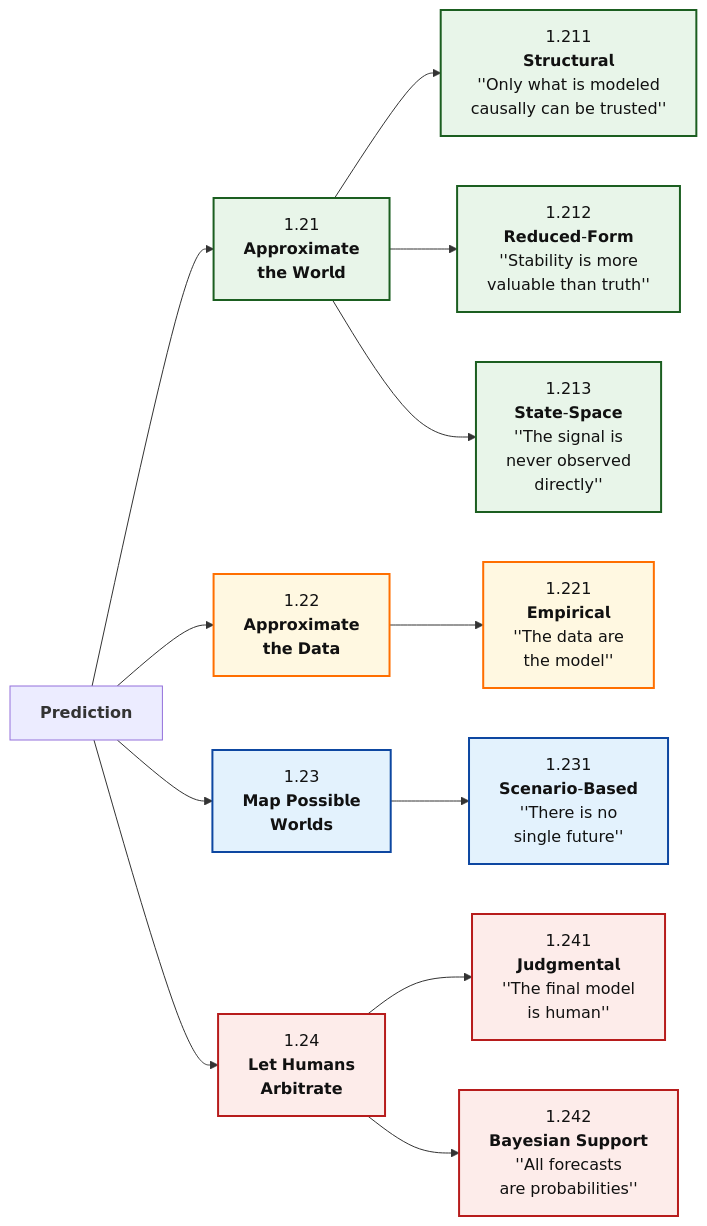
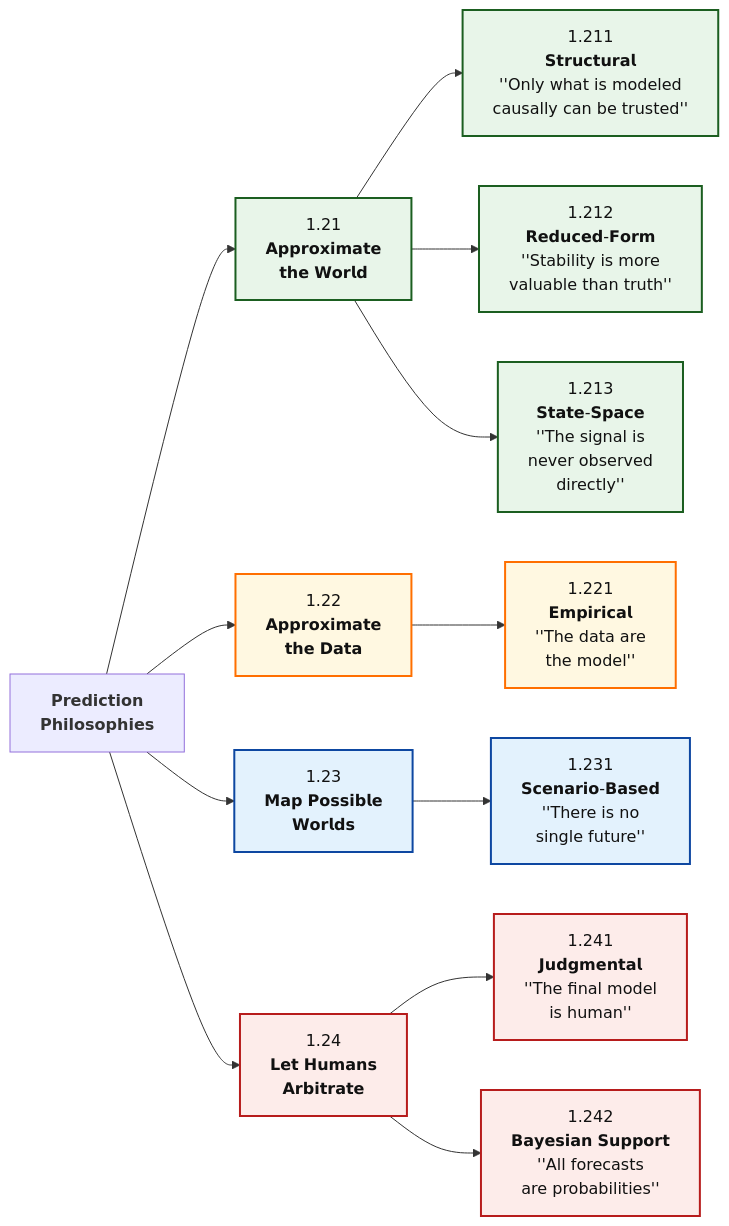
Before and after one commit to Tellusant/docs: the diagram in articles-posts/predictive-model-evaluation-framework.md, drawn with Mermaid.

```diff
--- a/articles-posts/predictive-model-evaluation-framework.md
+++ b/articles-posts/predictive-model-evaluation-framework.md
@@ -25,42 +25,42 @@
 <div class="mermaid">
   
 flowchart LR
 
 %% ========= NODES =========
-P["`**Prediction**`"]:::none
+P["`**Prediction**<br/>**Philosophies**`"]:::none
 
 AW["1.21<br/>𝗔𝗽𝗽𝗿𝗼𝘅𝗶𝗺𝗮𝘁𝗲<br/>𝘁𝗵𝗲 𝗪𝗼𝗿𝗹𝗱"]:::strong
 AD["1.22<br/>𝗔𝗽𝗽𝗿𝗼𝘅𝗶𝗺𝗮𝘁𝗲<br/>𝘁𝗵𝗲 𝗗𝗮𝘁𝗮"]:::mixed
 PW["1.23<br/>𝗠𝗮𝗽 𝗣𝗼𝘀𝘀𝗶𝗯𝗹𝗲<br/>𝗪𝗼𝗿𝗹𝗱𝘀"]:::neutral
 HA["1.24<br/>𝗟𝗲𝘁 𝗛𝘂𝗺𝗮𝗻𝘀<br/>𝗔𝗿𝗯𝗶𝘁𝗿𝗮𝘁𝗲"]:::risk
 
 STR["1.211<br/>𝗦𝘁𝗿𝘂𝗰𝘁𝘂𝗿𝗮𝗹<br/>''Only what is modeled<br/>causally can be trusted''"]:::strong
 RED["1.212<br/>𝗥𝗲𝗱𝘂𝗰𝗲𝗱-𝗙𝗼𝗿𝗺<br/>''Stability is more<br/>valuable than truth''"]:::strong
 STA["1.213<br/>𝗦𝘁𝗮𝘁𝗲-𝗦𝗽𝗮𝗰𝗲<br/>''The signal is<br/>never observed<br/>directly''"]:::strong
 EMP["1.221<br/>𝗘𝗺𝗽𝗶𝗿𝗶𝗰𝗮𝗹<br/>''The data are<br/>the model''"]:::mixed
 SCE["1.231<br/>𝗦𝗰𝗲𝗻𝗮𝗿𝗶𝗼-𝗕𝗮𝘀𝗲𝗱<br/>''There is no<br/>single future''"]:::neutral
 JUD["1.241<br/>𝗝𝘂𝗱𝗴𝗺𝗲𝗻𝘁𝗮𝗹<br/>''The final model<br/>is human''"]:::risk
 BAY["1.242<br/>𝗕𝗮𝘆𝗲𝘀𝗶𝗮𝗻 𝗦𝘂𝗽𝗽𝗼𝗿𝘁<br/>''All forecasts<br/>are probabilities''"]:::risk
 
 %% ========= RELATIONSHIPS =========
 P --> AW
 P --> AD
 P --> PW
 P --> HA
 AW --> STR
 AW --> RED
 AW --> STA
 AD --> EMP
 PW --> SCE
 HA --> JUD
 HA --> BAY
 
 %% ========= STYLES =========
 classDef strong  fill:#E8F5E9,stroke:#1B5E20,stroke-width:2px,color:#111;
 classDef neutral fill:#E3F2FD,stroke:#0D47A1,stroke-width:2px,color:#111;
 classDef mixed   fill:#FFF8E1,stroke:#FF6F00,stroke-width:2px,color:#111;
 classDef risk    fill:#FDECEA,stroke:#B71C1C,stroke-width:2px,color:#111;
 classDef summary fill:#F5F5F5,stroke:#424242,stroke-width:2px,color:#111;
 classDef anchor fill:transparent,stroke:transparent;
 
 </div>
```
